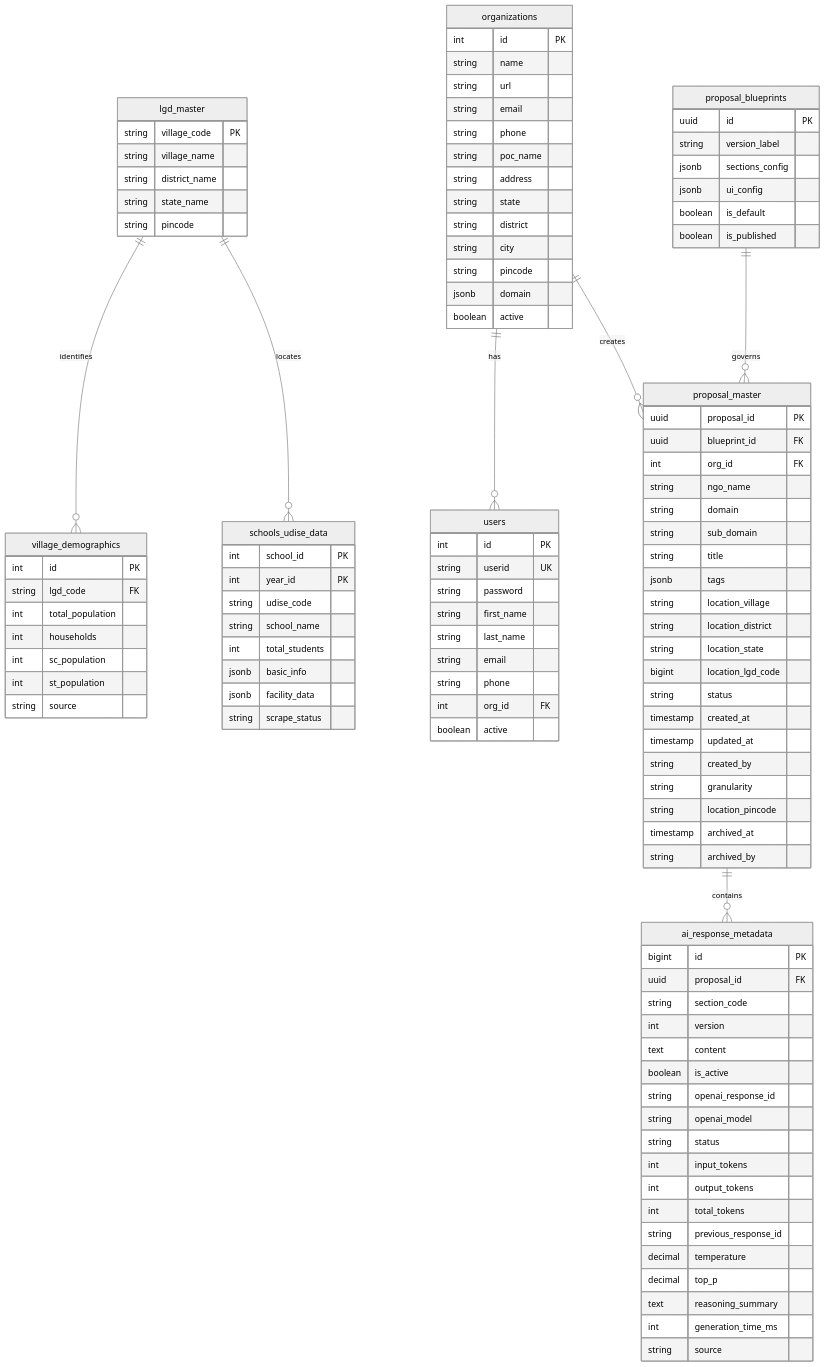
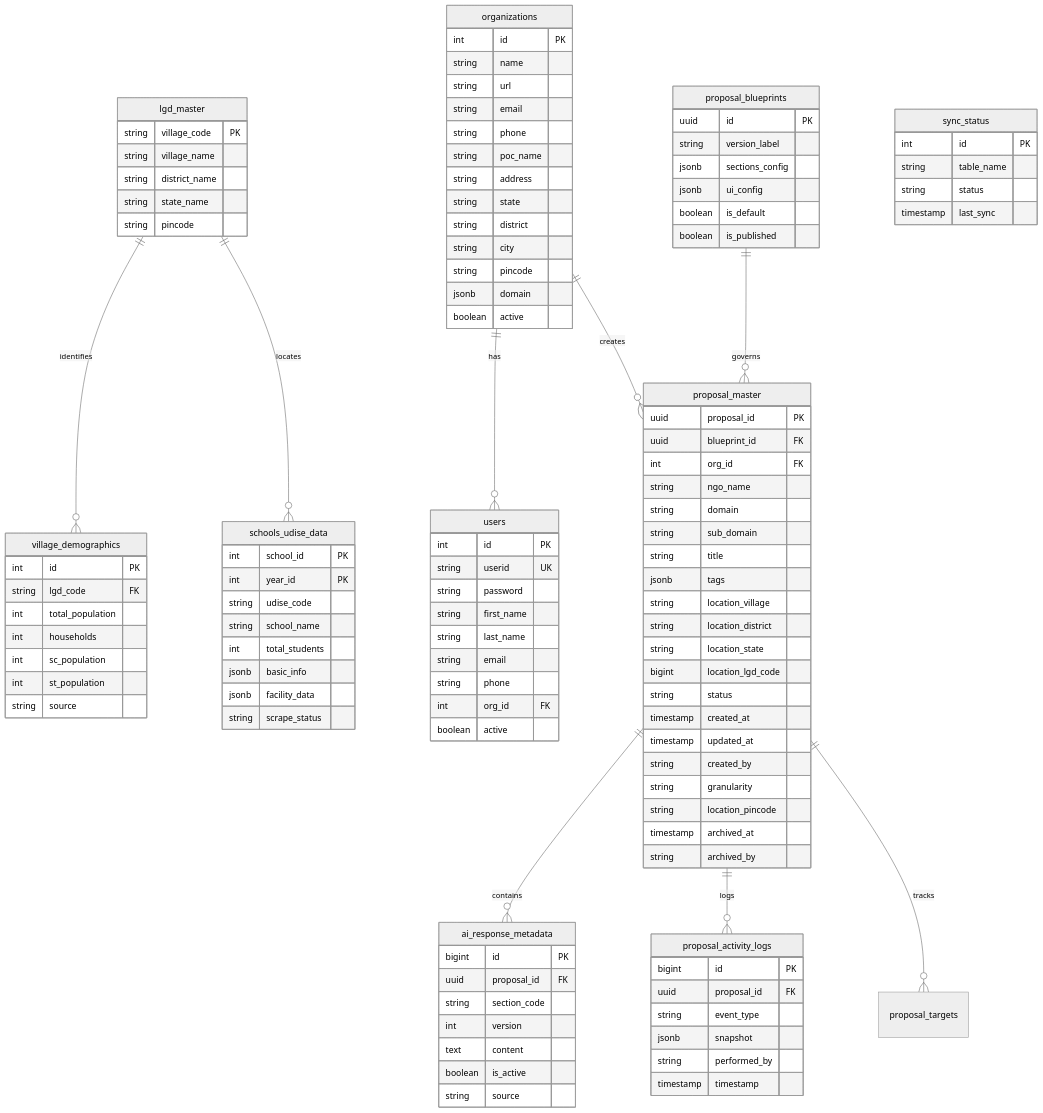
Before and after one commit to Prakalpa-Proposal/prakalpa_proposal_database: the diagram in README.md, drawn with Mermaid (neutral theme). The commit also changed other lines of this file, not shown here.

Commit message:
docs: Revise database README to add `proposal_targets`, `proposal_activity_logs`, `sync_status`, and governance tables, update existing descriptions, and remove AI response metadata fields.

````diff
--- a/README.md
+++ b/README.md
@@ -166,17 +171,25 @@
         int version
         text content
         boolean is_active
-        string openai_response_id
-        string openai_model
-        string status
-        int input_tokens
-        int output_tokens
-        int total_tokens
-        string previous_response_id
-        decimal temperature
-        decimal top_p
-        text reasoning_summary
-        int generation_time_ms
         string source
     }
+
+    proposal_activity_logs {
+        bigint id PK
+        uuid proposal_id FK
+        string event_type
+        jsonb snapshot
+        string performed_by
+        timestamp timestamp
+    }
+
+    proposal_master ||--o{ proposal_activity_logs : "logs"
+    proposal_master ||--o{ proposal_targets : "tracks"
+    
+    sync_status {
+        int id PK
+        string table_name
+        string status
+        timestamp last_sync
+    }
 ```
````
